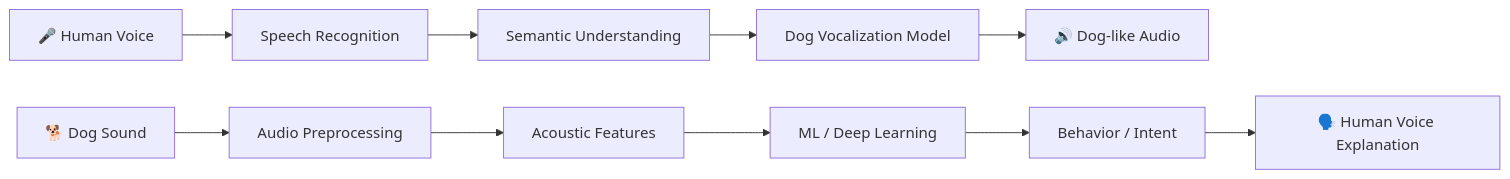
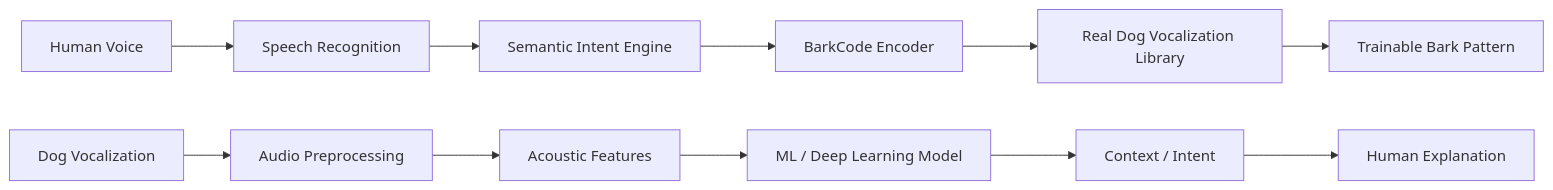
One commit to amitpaul2004/dogtalk-ai changed the diagram in README.md. Above: the diagram before and after it, drawn with Mermaid. The commit also changed other lines of this file, not shown here.

````diff
--- a/README.md
+++ b/README.md
@@ -284,13 +386,14 @@
 ```mermaid
 graph LR
-    A[🎤 Human Voice] --> B[Speech Recognition]
-    B --> C[Semantic Understanding]
-    C --> D[Dog Vocalization Model]
-    D --> E[🔊 Dog-like Audio]
+    A[Human Voice] --> B[Speech Recognition]
+    B --> C[Semantic Intent Engine]
+    C --> D[BarkCode Encoder]
+    D --> E[Real Dog Vocalization Library]
+    E --> F[Trainable Bark Pattern]
 
-    F[🐕 Dog Sound] --> G[Audio Preprocessing]
-    G --> H[Acoustic Features]
-    H --> I[ML / Deep Learning]
-    I --> J[Behavior / Intent]
-    J --> K[🗣️ Human Voice Explanation]
+    G[Dog Vocalization] --> H[Audio Preprocessing]
+    H --> I[Acoustic Features]
+    I --> J[ML / Deep Learning Model]
+    J --> K[Context / Intent]
+    K --> L[Human Explanation]
 ```
````
